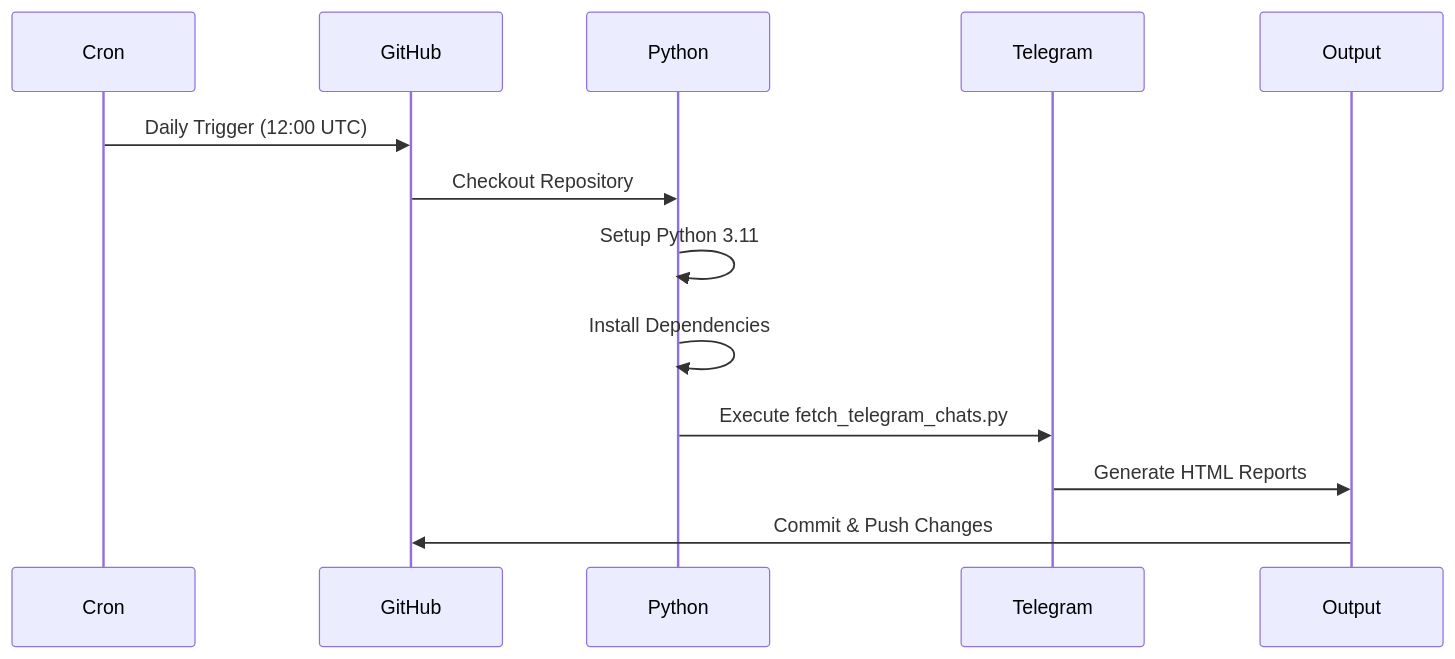
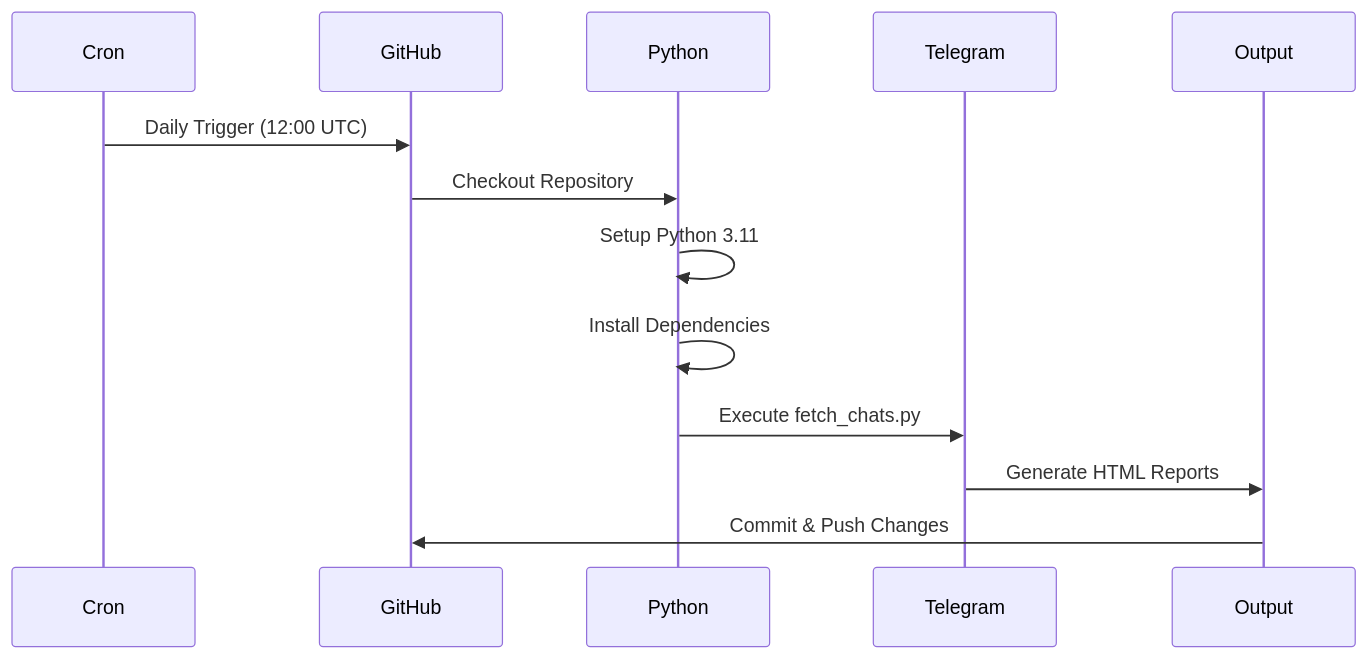
The second of 2 diagrams in README.md (dmarzzz/CryptoTGScan), drawn with Mermaid before and after one commit. The commit also changed other lines of this file and 4 other files, not shown here.

````diff
--- a/README.md
+++ b/README.md
@@ -65,16 +65,16 @@
 ```mermaid
 sequenceDiagram
     participant Cron
     participant GitHub
     participant Python
     participant Telegram
     participant Output
     
     Cron->>GitHub: Daily Trigger (12:00 UTC)
     GitHub->>Python: Checkout Repository
     Python->>Python: Setup Python 3.11
     Python->>Python: Install Dependencies
-    Python->>Telegram: Execute fetch_telegram_chats.py
+    Python->>Telegram: Execute fetch_chats.py
     Telegram->>Output: Generate HTML Reports
     Output->>GitHub: Commit & Push Changes
 ```
````
